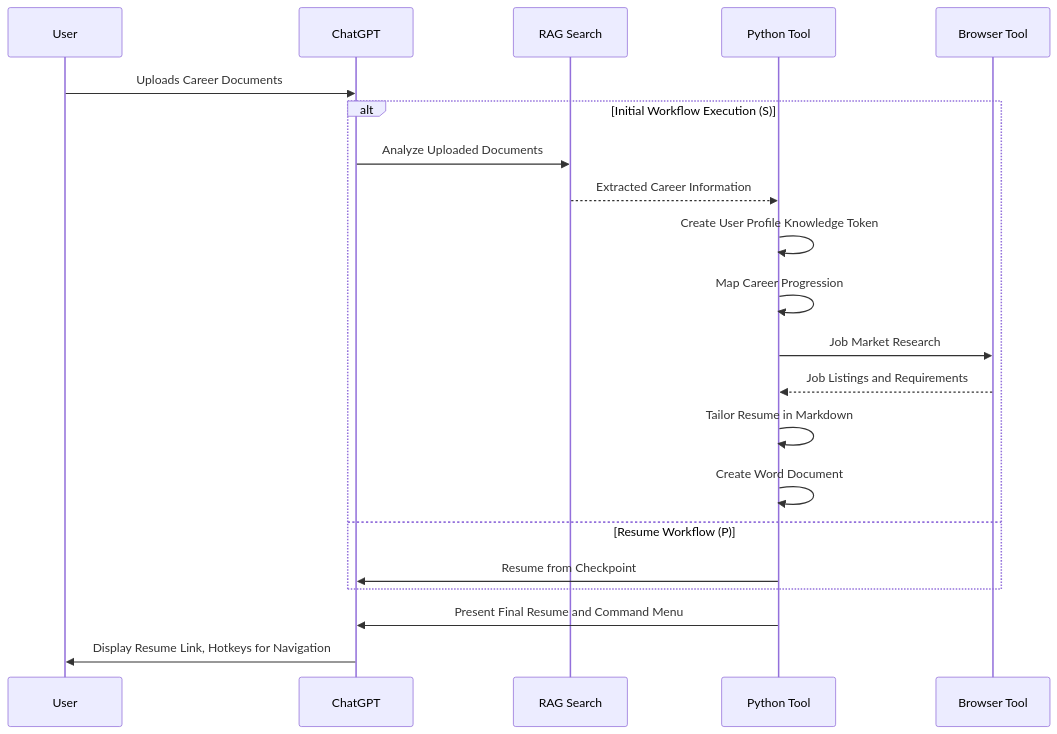
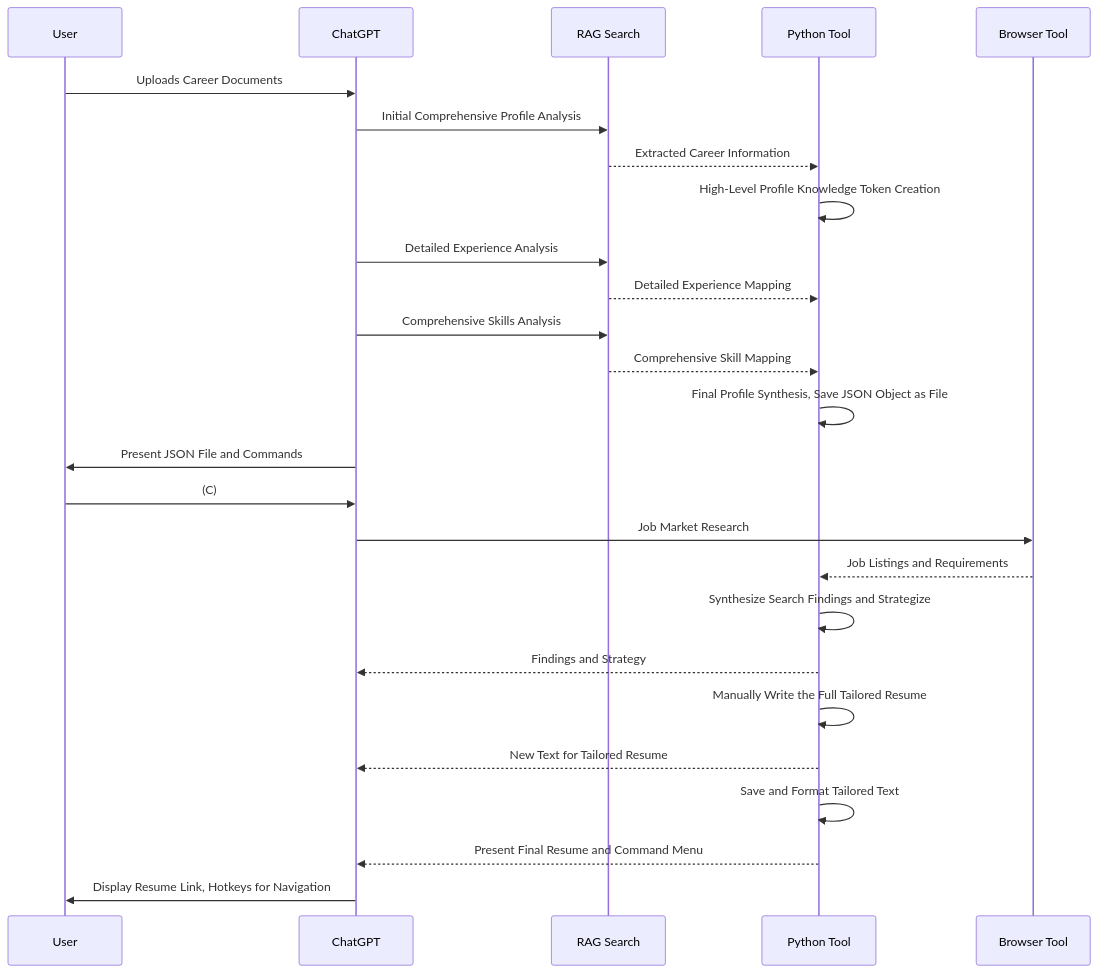
One commit to nerority/Advanced-GPTs changed the third of 11 diagrams in README.md. Above: the diagram before and after it, drawn with Mermaid. The commit also changed other lines of this file, not shown here.

````diff
--- a/README.md
+++ b/README.md
@@ -176,24 +181,31 @@
 ```mermaid
 sequenceDiagram
     participant User
     participant ChatGPT
     participant RAG as RAG Search
     participant PythonTool as Python Tool
     participant Browser as Browser Tool
 
     User->>ChatGPT: Uploads Career Documents
-    alt Initial Workflow Execution (S)
-        ChatGPT->>RAG: Analyze Uploaded Documents
-        RAG-->>PythonTool: Extracted Career Information
-        PythonTool->>PythonTool: Create User Profile Knowledge Token
-        PythonTool->>PythonTool: Map Career Progression
-        PythonTool->>Browser: Job Market Research
-        Browser-->>PythonTool: Job Listings and Requirements
-        PythonTool->>PythonTool: Tailor Resume in Markdown
-        PythonTool->>PythonTool: Create Word Document
-    else Resume Workflow (P)
-        PythonTool->>ChatGPT: Resume from Checkpoint
-    end
-    PythonTool->>ChatGPT: Present Final Resume and Command Menu
+    ChatGPT->>RAG: Initial Comprehensive Profile Analysis
+    RAG-->>PythonTool: Extracted Career Information
+    PythonTool->>PythonTool: High-Level Profile Knowledge Token Creation
+    ChatGPT->>RAG: Detailed Experience Analysis
+    RAG-->>PythonTool: Detailed Experience Mapping
+    ChatGPT->>RAG: Comprehensive Skills Analysis
+    RAG-->>PythonTool: Comprehensive Skill Mapping
+		%% Create Checkpoint and Pause
+    PythonTool->>PythonTool: Final Profile Synthesis, Save JSON Object as File
+		ChatGPT->>User: Present JSON File and Commands
+
+		User->>ChatGPT: (C)
+    ChatGPT->>Browser: Job Market Research
+    Browser-->>PythonTool: Job Listings and Requirements
+    PythonTool->>PythonTool: Synthesize Search Findings and Strategize
+		PythonTool-->>ChatGPT: Findings and Strategy
+		PythonTool->>PythonTool: Manually Write the Full Tailored Resume
+		PythonTool-->>ChatGPT: New Text for Tailored Resume
+    PythonTool->>PythonTool: Save and Format Tailored Text
+    PythonTool-->>ChatGPT: Present Final Resume and Command Menu
     ChatGPT->>User: Display Resume Link, Hotkeys for Navigation
 ```
````
